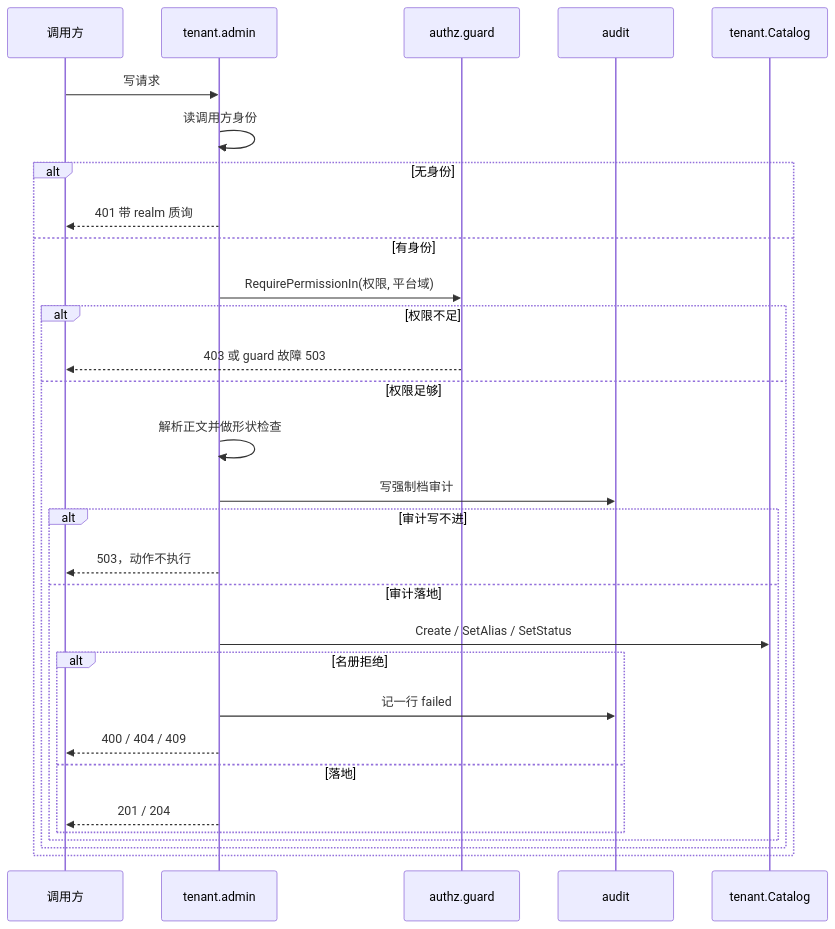
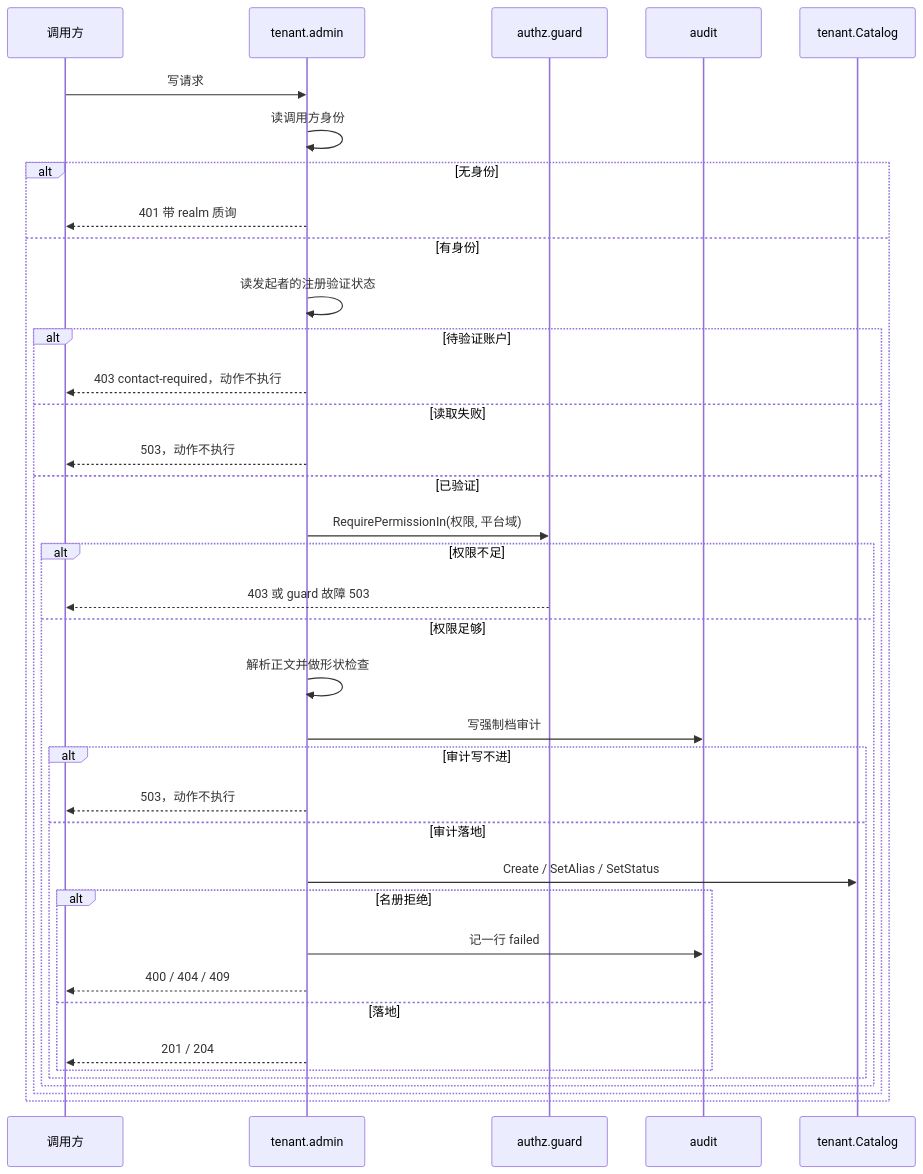
The diagram in docs/design/modules/tenant/design-tenant-admin.md (wangzw/speed), drawn with Mermaid before and after one commit. The commit also changed other lines of this file and 30 other files, not shown here.

````diff
--- a/docs/design/modules/tenant/design-tenant-admin.md
+++ b/docs/design/modules/tenant/design-tenant-admin.md
@@ -111,32 +113,39 @@
 ```mermaid
 sequenceDiagram
     participant C as 调用方
     participant H as tenant.admin
     participant G as authz.guard
     participant A as audit
     participant R as tenant.Catalog
     C->>H: 写请求
     H->>H: 读调用方身份
     alt 无身份
         H-->>C: 401 带 realm 质询
     else 有身份
-        H->>G: RequirePermissionIn(权限, 平台域)
-        alt 权限不足
-            G-->>C: 403 或 guard 故障 503
-        else 权限足够
-            H->>H: 解析正文并做形状检查
-            H->>A: 写强制档审计
-            alt 审计写不进
-                H-->>C: 503，动作不执行
-            else 审计落地
-                H->>R: Create / SetAlias / SetStatus
-                alt 名册拒绝
-                    H->>A: 记一行 failed
-                    H-->>C: 400 / 404 / 409
-                else 落地
-                    H-->>C: 201 / 204
+        H->>H: 读发起者的注册验证状态
+        alt 待验证账户
+            H-->>C: 403 contact-required，动作不执行
+        else 读取失败
+            H-->>C: 503，动作不执行
+        else 已验证
+            H->>G: RequirePermissionIn(权限, 平台域)
+            alt 权限不足
+                G-->>C: 403 或 guard 故障 503
+            else 权限足够
+                H->>H: 解析正文并做形状检查
+                H->>A: 写强制档审计
+                alt 审计写不进
+                    H-->>C: 503，动作不执行
+                else 审计落地
+                    H->>R: Create / SetAlias / SetStatus
+                    alt 名册拒绝
+                        H->>A: 记一行 failed
+                        H-->>C: 400 / 404 / 409
+                    else 落地
+                        H-->>C: 201 / 204
+                    end
                 end
             end
         end
     end
 ```
````
